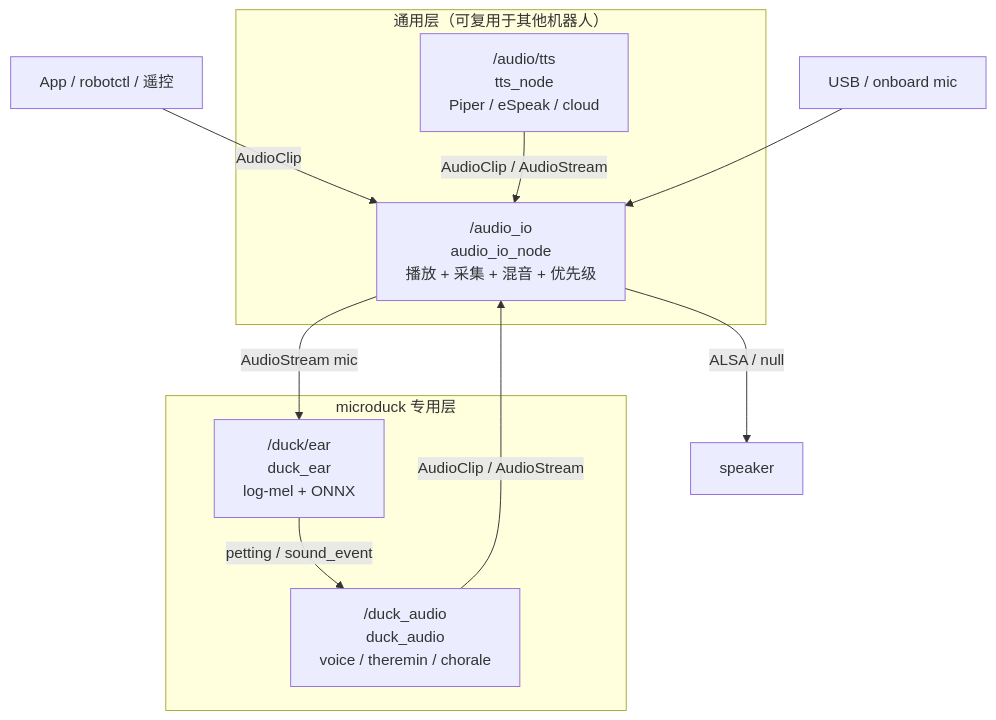
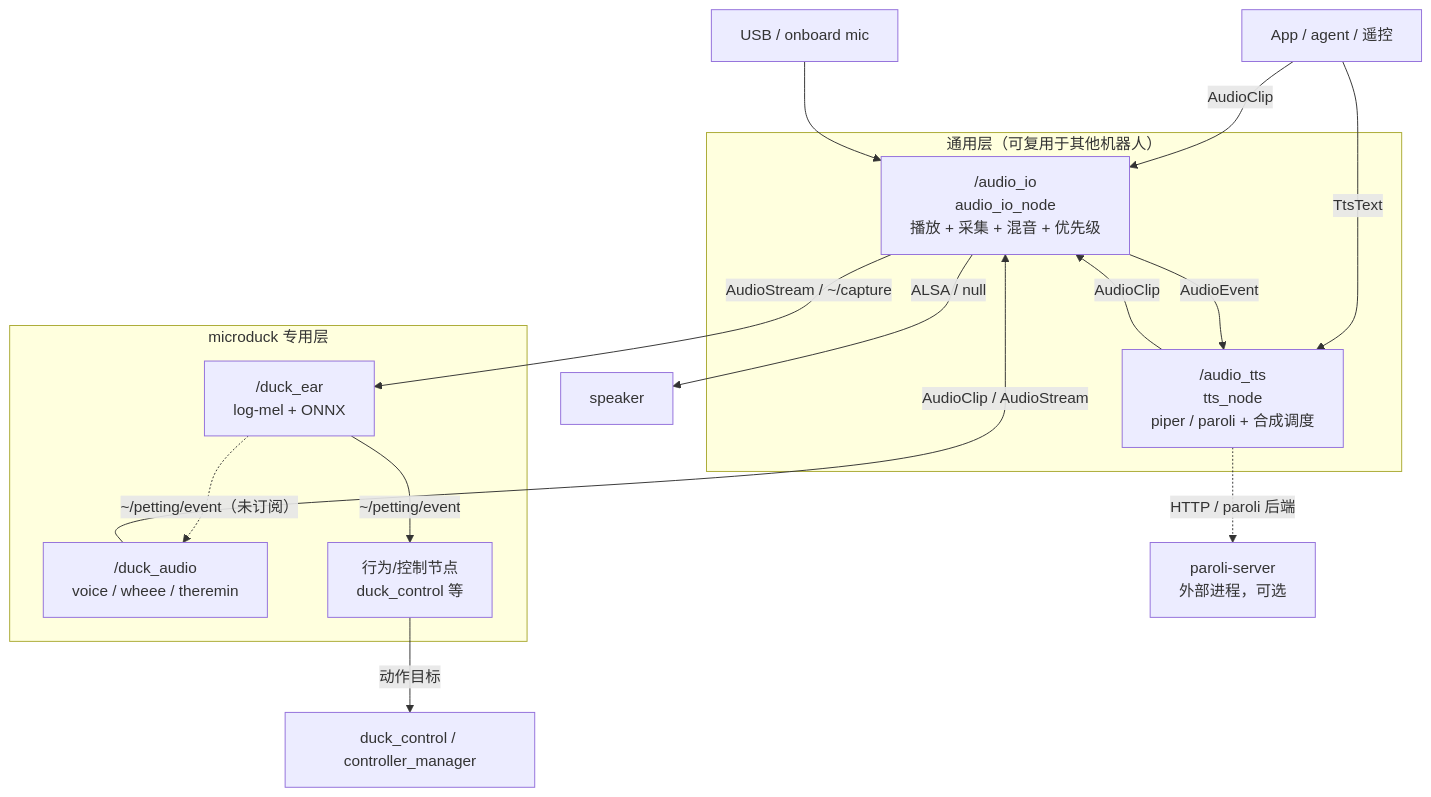
One commit to servo-robot-520/microduck_rev changed the diagram in docs/duck-ros2-audio-architecture.zh-CN.md. Above: the diagram before and after it, drawn with Mermaid. The commit also changed other lines of this file and 3 other files, not shown here.

````diff
--- a/docs/duck-ros2-audio-architecture.zh-CN.md
+++ b/docs/duck-ros2-audio-architecture.zh-CN.md
@@ -74,20 +74,28 @@
 ```mermaid
 flowchart TB
   subgraph G["通用层（可复用于其他机器人）"]
     AIO["/audio_io<br/>audio_io_node<br/>播放 + 采集 + 混音 + 优先级"]
-    TTS["/audio/tts<br/>tts_node<br/>Piper / eSpeak / cloud"]
+    TTS["/audio_tts<br/>tts_node<br/>piper / paroli + 合成调度"]
   end
 
+  PS["paroli-server<br/>外部进程，可选"]
+
   subgraph D["microduck 专用层"]
-    DA["/duck_audio<br/>duck_audio<br/>voice / theremin / chorale"]
-    DE["/duck/ear<br/>duck_ear<br/>log-mel + ONNX"]
+    DA["/duck_audio<br/>voice / wheee / theremin"]
+    DE["/duck_ear<br/>log-mel + ONNX"]
+    BEH["行为/控制节点<br/>duck_control 等"]
   end
 
-  APP["App / robotctl / 遥控"] -->|"AudioClip"| AIO
-  TTS -->|"AudioClip / AudioStream"| AIO
+  APP["App / agent / 遥控"] -->|"TtsText"| TTS
+  APP -->|"AudioClip"| AIO
+  TTS -->|"AudioClip"| AIO
+  AIO -->|"AudioEvent"| TTS
+  TTS -.->|"HTTP / paroli 后端"| PS
   DA -->|"AudioClip / AudioStream"| AIO
-  AIO -->|"AudioStream mic"| DE
-  DE -->|"petting / sound_event"| DA
+  AIO -->|"AudioStream / ~/capture"| DE
+  DE -.->|"~/petting/event（未订阅）"| DA
+  DE -->|"~/petting/event"| BEH
+  BEH -->|"动作目标"| CTRL["duck_control / controller_manager"]
   AIO -->|"ALSA / null"| SPK["speaker"]
   MIC["USB / onboard mic"] --> AIO
 ```
````
